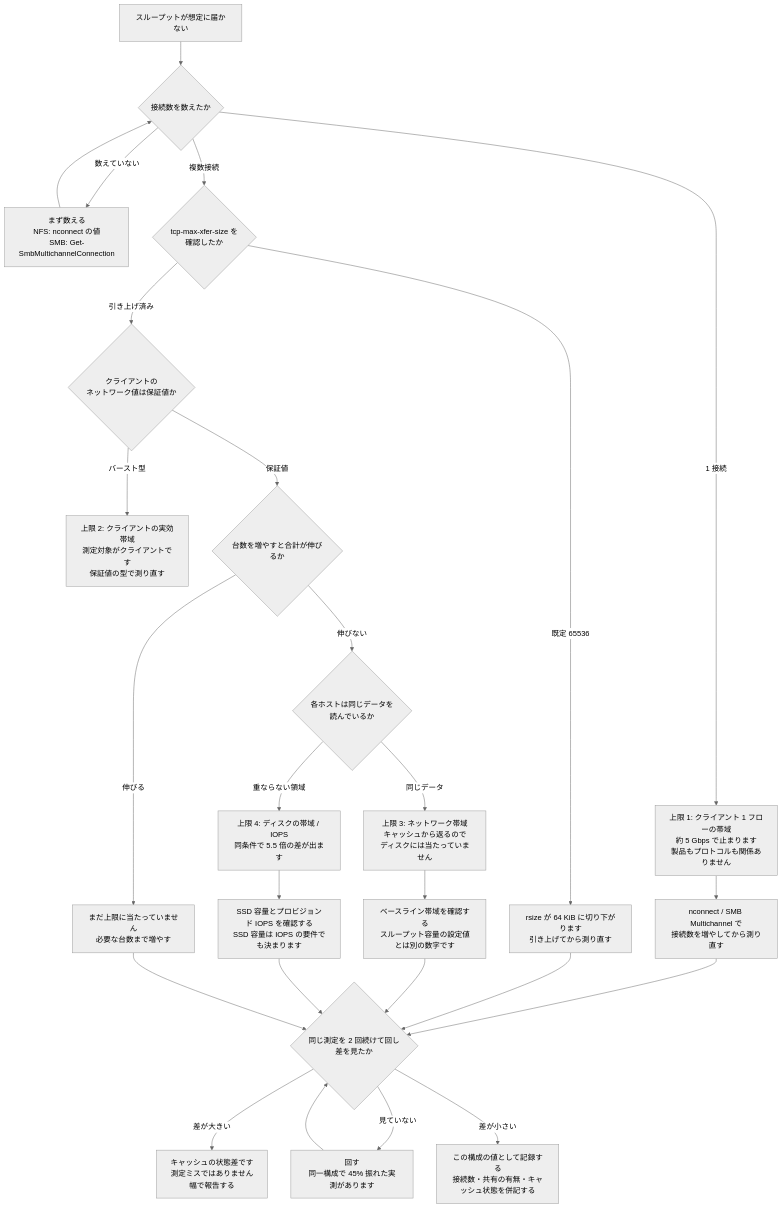
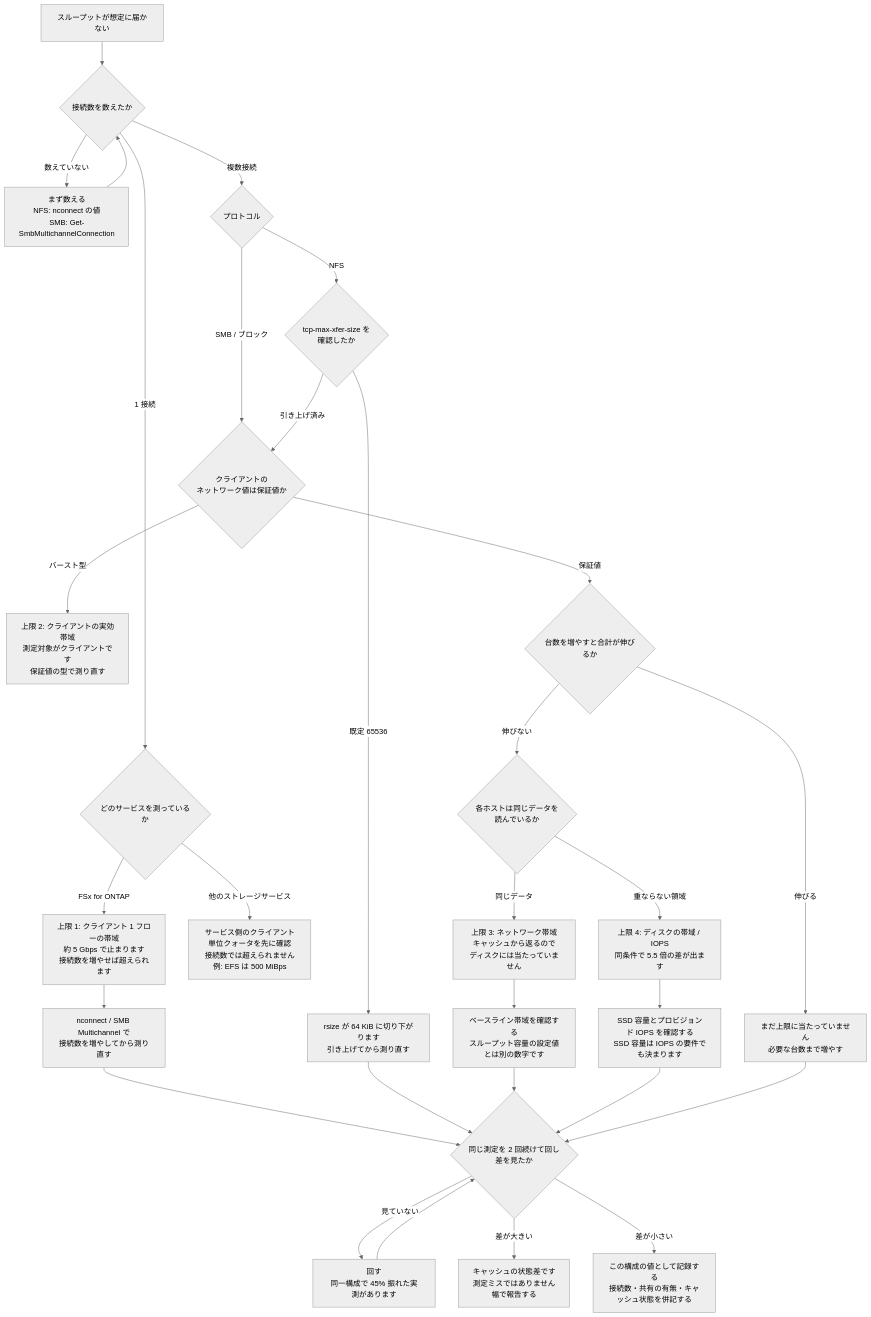
Before and after one commit to Yoshiki0705/FSx-for-ONTAP-Adoption-Playbook: the diagram in docs/ja/reference/decision-trees/measured-throughput-triage.md, drawn with Mermaid (neutral theme). The commit also changed other lines of this file and 20 other files, not shown here.

````diff
--- a/docs/ja/reference/decision-trees/measured-throughput-triage.md
+++ b/docs/ja/reference/decision-trees/measured-throughput-triage.md
@@ -39,39 +39,43 @@
 ```mermaid
 graph TD
     START[スループットが想定に届かない] --> CONN{接続数を数えたか}
 
     CONN -->|数えていない| COUNT["まず数える<br/>NFS: nconnect の値<br/>SMB: Get-SmbMultichannelConnection"]
     COUNT --> CONN
 
-    CONN -->|1 接続| FLOW["上限 1: クライアント 1 フローの帯域<br/>約 5 Gbps で止まります<br/>製品もプロトコルも関係ありません"]
+    CONN -->|1 接続| WHICH{どのサービスを測っているか}
+    WHICH -->|FSx for ONTAP| FLOW["上限 1: クライアント 1 フローの帯域<br/>約 5 Gbps で止まります<br/>接続数を増やせば超えられます"]
+    WHICH -->|他のストレージサービス| QUOTA["サービス側のクライアント単位クォータを先に確認<br/>接続数では超えられません<br/>例: EFS は 500 MiBps"]
     FLOW --> RAISE["nconnect / SMB Multichannel で<br/>接続数を増やしてから測り直す"]
 
-    CONN -->|複数接続| XFER{"tcp-max-xfer-size を<br/>確認したか"}
+    CONN -->|複数接続| PROTO{プロトコル}
+    PROTO -->|NFS| XFER{"tcp-max-xfer-size を<br/>確認したか"}
+    PROTO -->|SMB / ブロック| CLIENT
     XFER -->|既定 65536| DEFAULT["rsize が 64 KiB に切り下がります<br/>引き上げてから測り直す"]
     XFER -->|引き上げ済み| CLIENT{"クライアントの<br/>ネットワーク値は保証値か"}
 
     CLIENT -->|バースト型| BURST["上限 2: クライアントの実効帯域<br/>測定対象がクライアントです<br/>保証値の型で測り直す"]
     CLIENT -->|保証値| HOSTS{台数を増やすと合計が伸びるか}
 
     HOSTS -->|伸びる| MORE["まだ上限に当たっていません<br/>必要な台数まで増やす"]
     HOSTS -->|伸びない| SHARE{"各ホストは同じデータを<br/>読んでいるか"}
 
     SHARE -->|同じデータ| NET["上限 3: ネットワーク帯域<br/>キャッシュから返るので<br/>ディスクには当たっていません"]
     SHARE -->|重ならない領域| DISK["上限 4: ディスクの帯域 / IOPS<br/>同条件で 5.5 倍の差が出ます"]
 
     NET --> NETCHK["ベースライン帯域を確認する<br/>スループット容量の設定値とは別の数字です"]
     DISK --> DISKCHK["SSD 容量とプロビジョンド IOPS を確認する<br/>SSD 容量は IOPS の要件でも決まります"]
 
     RAISE --> TWICE
     DEFAULT --> TWICE
     NETCHK --> TWICE
     DISKCHK --> TWICE
     MORE --> TWICE
 
     TWICE{"同じ測定を 2 回続けて回し<br/>差を見たか"}
     TWICE -->|見ていない| RUN["回す<br/>同一構成で 45% 振れた実測があります"]
     TWICE -->|差が大きい| CACHE["キャッシュの状態差です<br/>測定ミスではありません<br/>幅で報告する"]
     TWICE -->|差が小さい| DONE["この構成の値として記録する<br/>接続数・共有の有無・キャッシュ状態を併記する"]
 
     RUN --> TWICE
 ```
````
